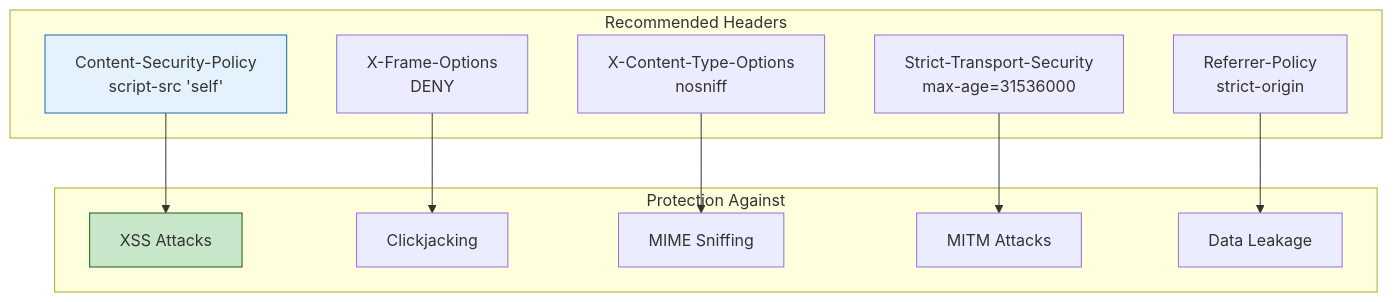
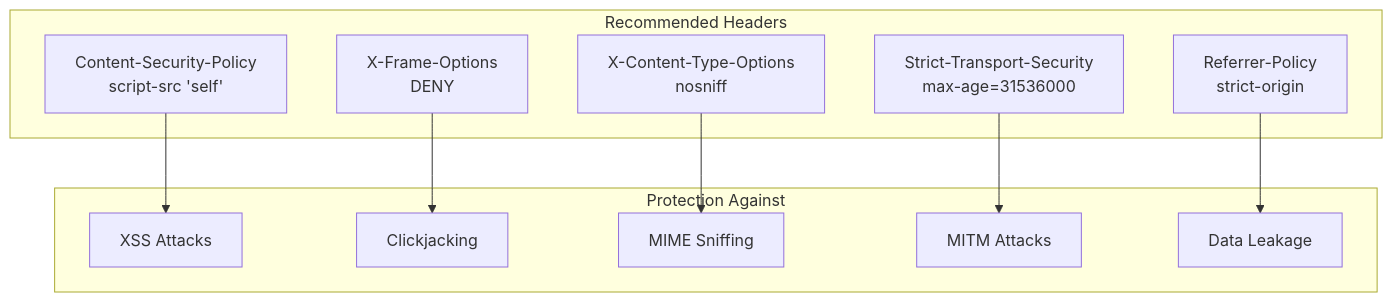
Before and after one commit to o2alexanderfedin/angular-cas-disot: diagram 12 of 14 in docs/architecture/security.md, drawn with Mermaid. The commit also changed other lines of this file and 18 other files, not shown here.

````diff
--- a/docs/architecture/security.md
+++ b/docs/architecture/security.md
@@ -381,27 +372,27 @@
 ```mermaid
 graph TD
     subgraph "Recommended Headers"
         CSP[Content-Security-Policy<br/>script-src 'self']
         XFO[X-Frame-Options<br/>DENY]
         XCT[X-Content-Type-Options<br/>nosniff]
         STS[Strict-Transport-Security<br/>max-age=31536000]
         RP[Referrer-Policy<br/>strict-origin]
     end
     
     subgraph "Protection Against"
         XSS_P[XSS Attacks]
         CLICK[Clickjacking]
         MIME[MIME Sniffing]
         MITM_P[MITM Attacks]
         LEAK[Data Leakage]
     end
     
     CSP --> XSS_P
     XFO --> CLICK
     XCT --> MIME
     STS --> MITM_P
     RP --> LEAK
     
-    style CSP fill:#e3f2fd,stroke:#1565c0
-    style XSS_P fill:#c8e6c9,stroke:#1b5e20
+    
+    
 ```
````
